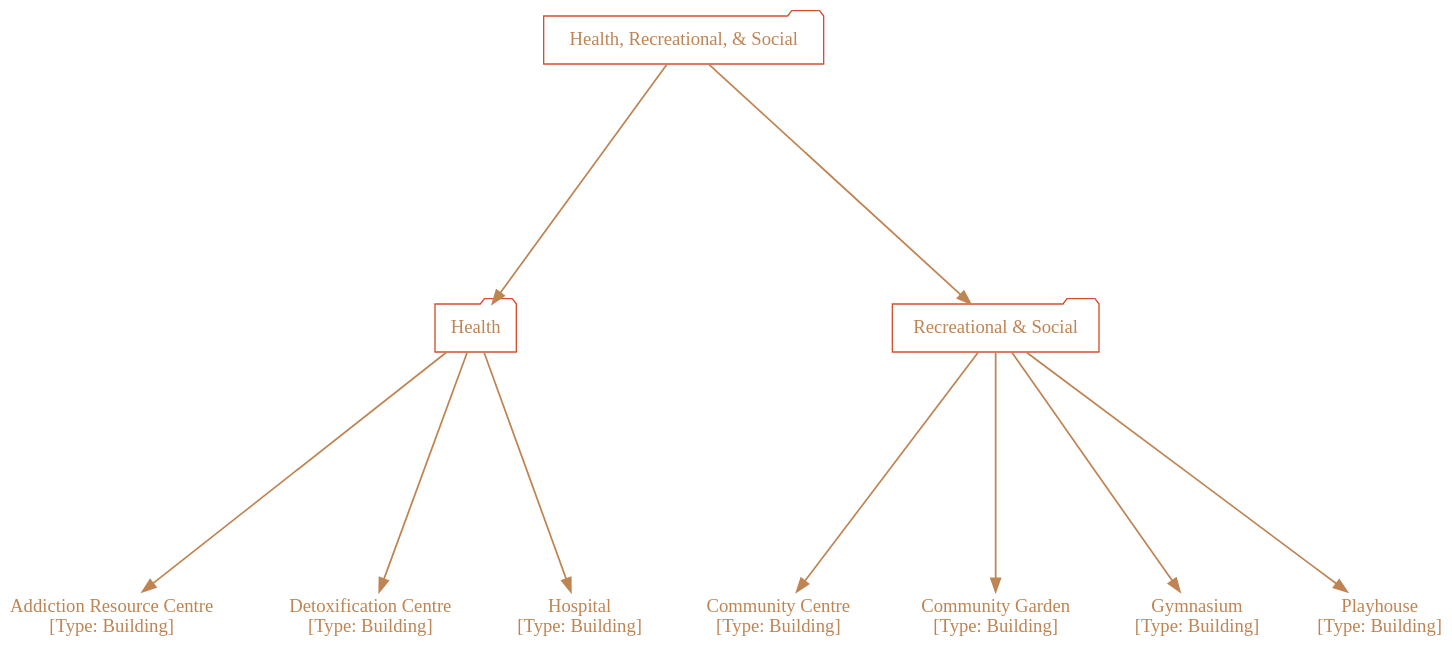
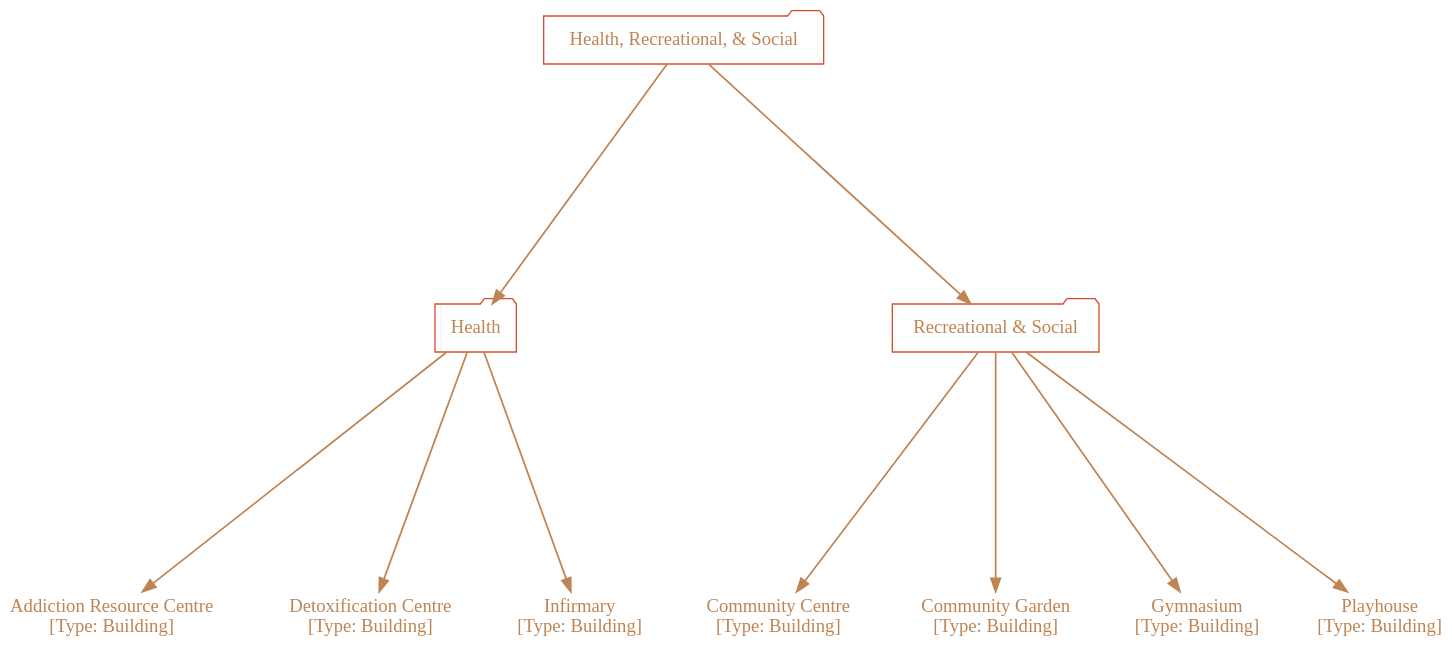
Before and after one commit to cartesiantheatre/handbook: the diagram in Handbook/Game_Mechanics/Graphviz/Units_User_Basic_Health_Recreational_and_Social.dot.gv, drawn with Graphviz. The commit also changed 20 other files, not shown here.

```diff
--- a/Handbook/Game_Mechanics/Graphviz/Units_User_Basic_Health_Recreational_and_Social.dot.gv
+++ b/Handbook/Game_Mechanics/Graphviz/Units_User_Basic_Health_Recreational_and_Social.dot.gv
@@ -1,57 +1,57 @@
 /*
   This is part of the Avaneya Project Crew Handbook.
   Copyright (C) 2010, 2011, 2012
     Kshatra Corp.
   See the file License for copying conditions.
   
   To manually compile:
       $ sudo aptitude install graphviz
       $ twopi -Tpdf Units_User_Basic_Health_Recreational_and_Social.twopi.gv -o Units_User_Basic_Health_Recreational_and_Social.pdf
 */
 
 digraph Units_User_Basic_Health_Recreational_and_Social
 {
     // Graph attributes...
 	bgcolor="transparent";
 	margin="0";
 	ratio="auto";
     ranksep="2.5";
     pad="0.5,0.5";
     compound="true";
     overlap="vpsc";
     root="Health, Recreational, & Social";
 
 	// Node attributes...
 	node[color="#d3502dff"];
 	node[fillcolor="gray10"];
     node[fontcolor="#c08453ff"];
     node[fontname="Ubuntu"];
     node[shape="none"]
 	
 	// Edge attributes...
 	edge[color="#c08453ff"];
 	edge[penwidth="1.3"];
 
     // Units...
     "Addiction Resource Centre"[label="Addiction Resource Centre\n[Type: Building]"];
     "Community Centre"[label="Community Centre\n[Type: Building]"];
     "Community Garden"[label="Community Garden\n[Type: Building]"];
     "Detoxification Centre"[label="Detoxification Centre\n[Type: Building]"];
     "Gymnasium"[label="Gymnasium\n[Type: Building]"];
-    "Hospital"[label="Hospital\n[Type: Building]"];
+    "Infirmary"[label="Infirmary\n[Type: Building]"];
     "Playhouse"[label="Playhouse\n[Type: Building]"];
 
     // Categorical relations, but not build dependencies...
     "Health, Recreational, & Social"[shape="folder"];
         "Health"[shape="folder"];
         "Health, Recreational, & Social" -> "Health";
             "Health" -> "Addiction Resource Centre";
             "Health" -> "Detoxification Centre";
-            "Health" -> "Hospital";
+            "Health" -> "Infirmary";
         "Recreational & Social"[shape="folder"];
         "Health, Recreational, & Social" -> "Recreational & Social";
             "Recreational & Social" -> "Community Centre";
             "Recreational & Social" -> "Community Garden";
             "Recreational & Social" -> "Gymnasium";
             "Recreational & Social" -> "Playhouse";
 }
```
